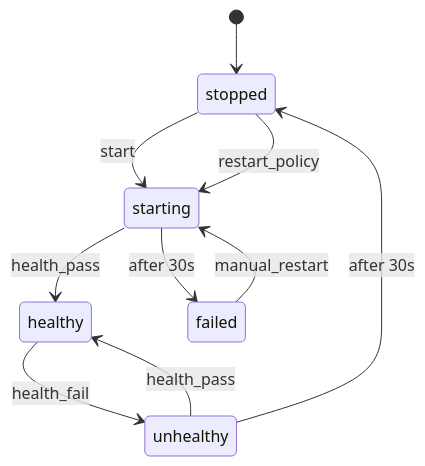
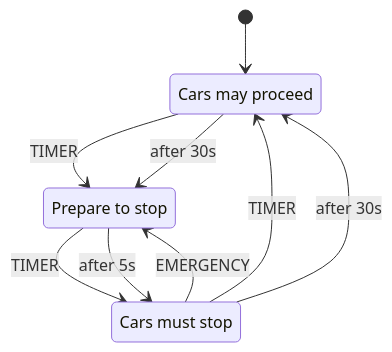
The diagram in README.md (zitongcharliedeng/xstate-ts-to-mermaid), drawn with Mermaid before and after one commit. The commit also changed other lines of this file and 3 other files, not shown here.

````diff
--- a/README.md
+++ b/README.md
@@ -62,13 +52,15 @@
 ```mermaid
 stateDiagram-v2
-    %% Container Actor
-    [*] --> stopped
-    stopped --> starting: start
-    stopped --> starting: restart_policy
-    starting --> healthy: health_pass
-    starting --> failed: after 30s
-    healthy --> unhealthy: health_fail
-    unhealthy --> healthy: health_pass
-    unhealthy --> stopped: after 30s
-    failed --> starting: manual_restart
+    %% Traffic Light
+    [*] --> green
+    green: Cars may proceed
+    yellow: Prepare to stop
+    red: Cars must stop
+    green --> yellow: TIMER
+    green --> yellow: after 30s
+    yellow --> red: TIMER
+    yellow --> red: after 5s
+    red --> green: TIMER
+    red --> yellow: EMERGENCY
+    red --> green: after 30s
 ```
````
